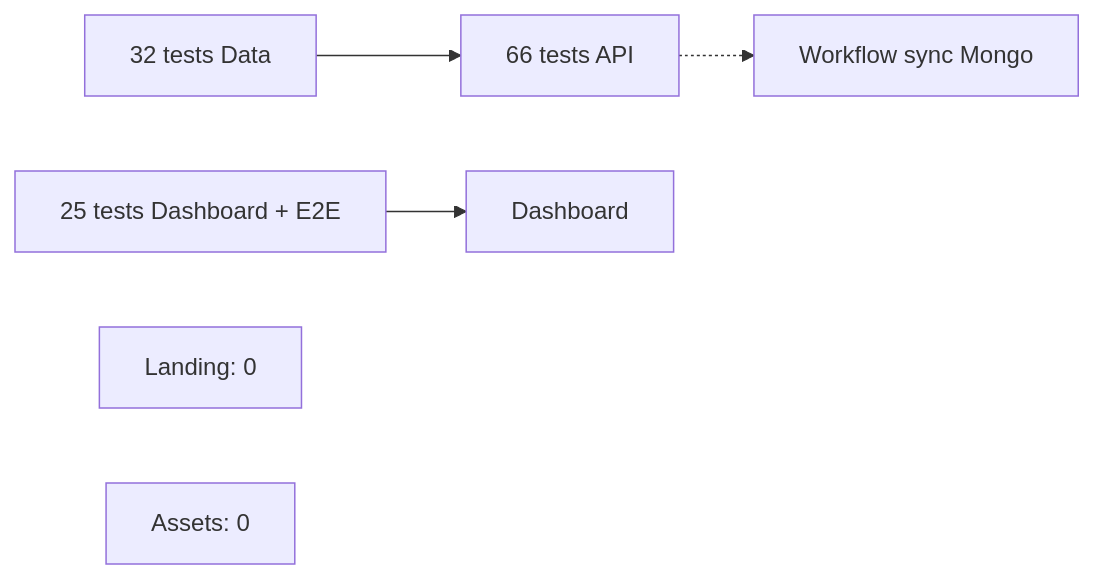
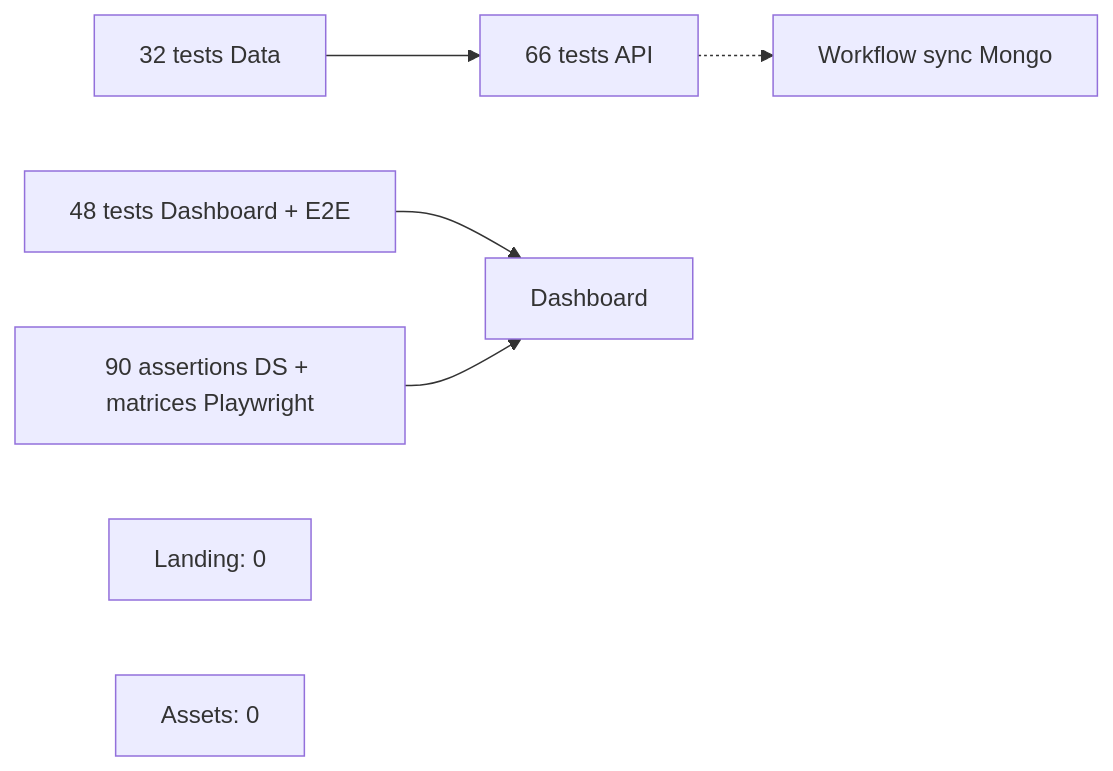
One commit to Matthieu-Vachet/dashboard_Admin changed the diagram in docs/Tome 1 — Foundation (Fondations)/DOC-021-testing.md. Above: the diagram before and after it, drawn with Mermaid. The commit also changed other lines of this file and 24 other files, not shown here.

````diff
--- a/docs/Tome 1 — Foundation (Fondations)/DOC-021-testing.md
+++ b/docs/Tome 1 — Foundation (Fondations)/DOC-021-testing.md
@@ -76,8 +77,9 @@
 ```mermaid
 flowchart LR
   DATA["32 tests Data"] --> API["66 tests API"]
-  DASH["25 tests Dashboard + E2E"] --> UI["Dashboard"]
+  DASH["48 tests Dashboard + E2E"] --> UI["Dashboard"]
+  RESP["90 assertions DS + matrices Playwright"] --> UI
   API -.-> SYNC["Workflow sync Mongo"]
   LAND["Landing: 0"]
   ASSETS["Assets: 0"]
 ```
````
